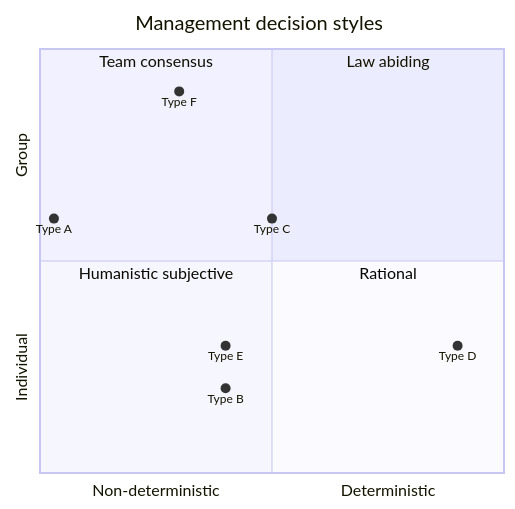
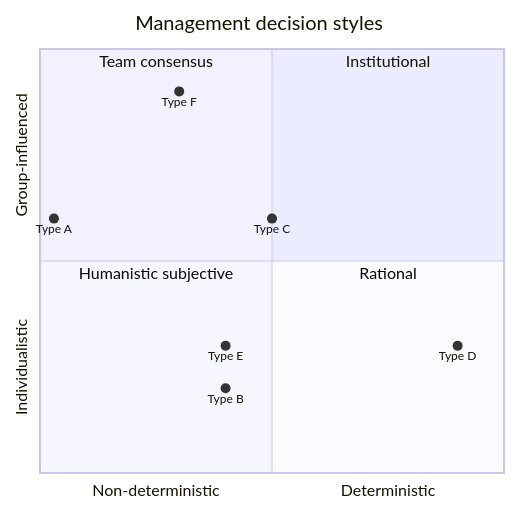
Before and after one commit to karl-johan-grahn/phd_topic_ideas: the diagram in content/algorithmic_management.md, drawn with Mermaid. The commit also changed other lines of this file and 3 other files, not shown here.

````diff
--- a/content/algorithmic_management.md
+++ b/content/algorithmic_management.md
@@ -13,16 +13,16 @@
 ```mermaid
 quadrantChart
     title Management decision styles
     x-axis Non-deterministic --> Deterministic
-    y-axis Individual --> Group
-    quadrant-1 Law abiding
+    y-axis Individualistic --> Group-influenced
+    quadrant-1 Institutional
     quadrant-2 Team consensus
     quadrant-3 Humanistic subjective
     quadrant-4 Rational
     Type A: [0.03, 0.6]
     Type B: [0.4, 0.2]
     Type C: [0.5, 0.6]
     Type D: [0.9, 0.3]
     Type E: [0.4, 0.3]
     Type F: [0.3, 0.9]
 ```
````
